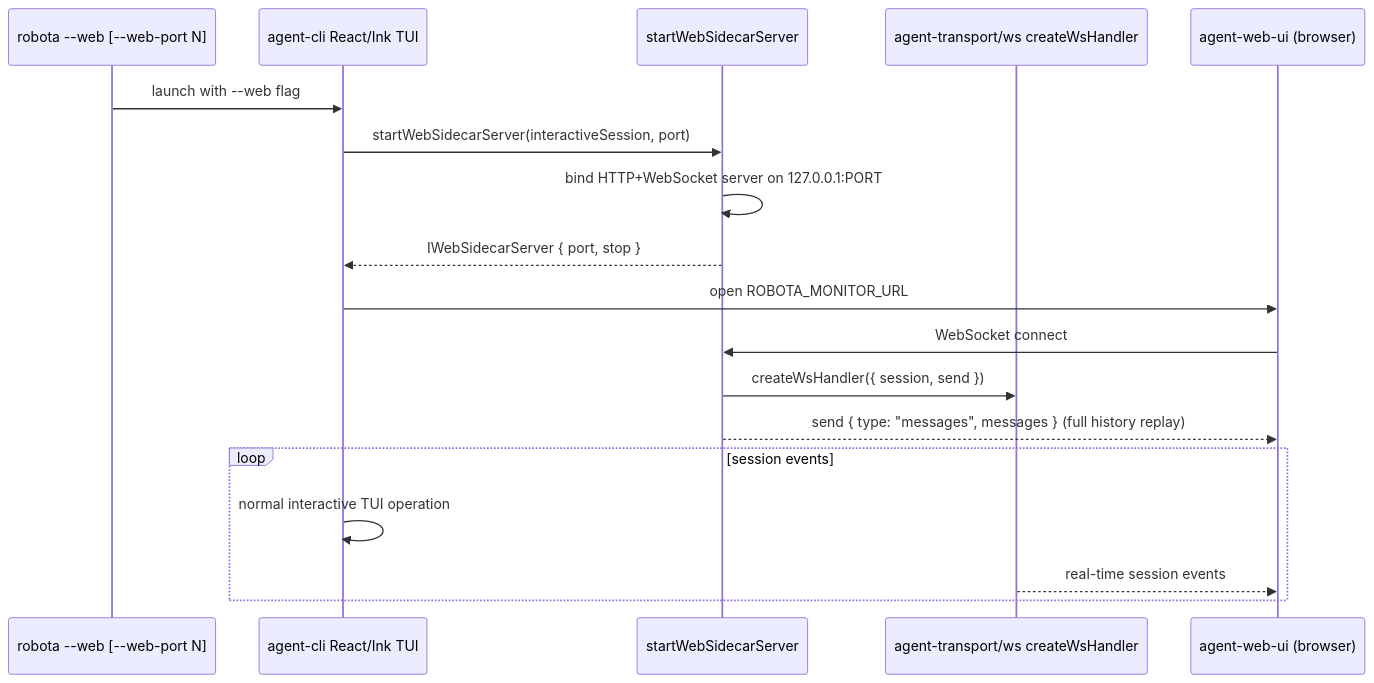
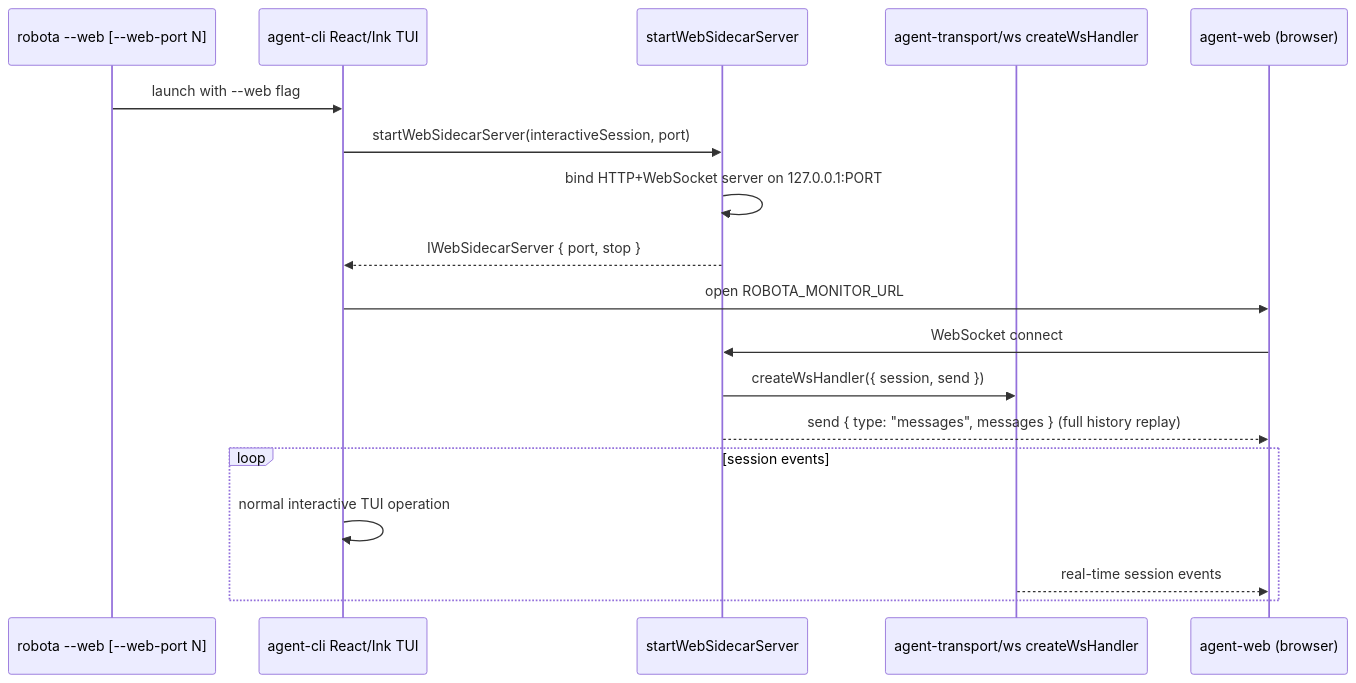
The third of 3 diagrams in .agents/specs/architecture-map/agent-cli/execution-modes.md (woojubb/robota), drawn with Mermaid before and after one commit. The commit also changed other lines of this file and 66 other files, not shown here.

````diff
--- a/.agents/specs/architecture-map/agent-cli/execution-modes.md
+++ b/.agents/specs/architecture-map/agent-cli/execution-modes.md
@@ -68,23 +67,23 @@
 ```mermaid
 sequenceDiagram
   participant User as robota --web [--web-port N]
   participant TUI as agent-cli React/Ink TUI
   participant Sidecar as startWebSidecarServer
   participant WsTransport as agent-transport/ws createWsHandler
-  participant Browser as agent-web-ui (browser)
+  participant Browser as agent-web (browser)
 
   User->>TUI: launch with --web flag
   TUI->>Sidecar: startWebSidecarServer(interactiveSession, port)
   Sidecar->>Sidecar: bind HTTP+WebSocket server on 127.0.0.1:PORT
   Sidecar-->>TUI: IWebSidecarServer { port, stop }
   TUI->>Browser: open ROBOTA_MONITOR_URL
 
   Browser->>Sidecar: WebSocket connect
   Sidecar->>WsTransport: createWsHandler({ session, send })
   Sidecar-->>Browser: send { type: "messages", messages } (full history replay)
 
   loop session events
     TUI->>TUI: normal interactive TUI operation
     WsTransport-->>Browser: real-time session events
   end
 ```
````
